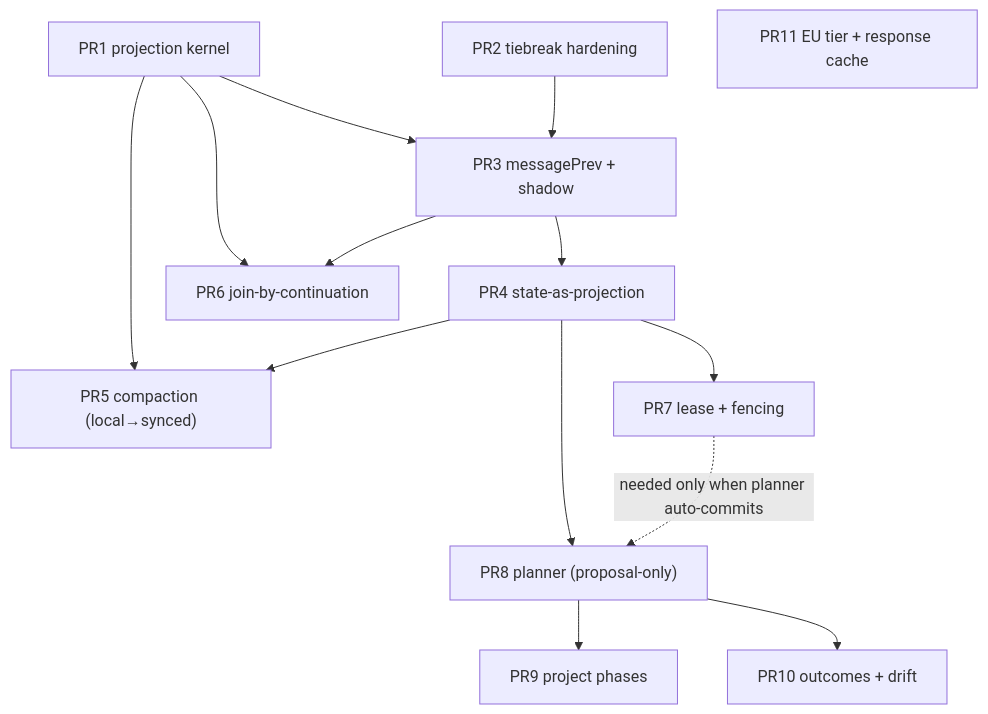
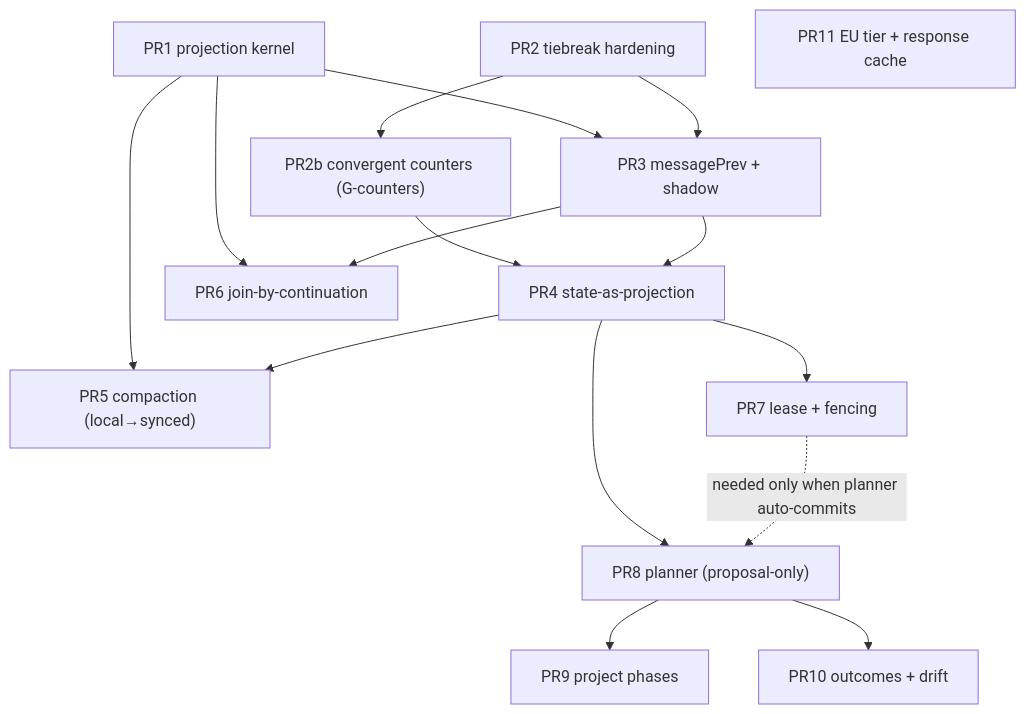
Before and after one commit to matthiasn/lotti: the diagram in docs/implementation_plans/2026-05-30_daily_os_runtime_implementation_roadmap.md, drawn with Mermaid. The commit also changed other lines of this file and 1 other file, not shown here.

````diff
--- a/docs/implementation_plans/2026-05-30_daily_os_runtime_implementation_roadmap.md
+++ b/docs/implementation_plans/2026-05-30_daily_os_runtime_implementation_roadmap.md
@@ -119,27 +127,30 @@
 ```mermaid
 flowchart TD
   PR1["PR1 projection kernel"]
   PR2["PR2 tiebreak hardening"]
+  PR2b["PR2b convergent counters (G-counters)"]
   PR3["PR3 messagePrev + shadow"]
   PR4["PR4 state-as-projection"]
   PR5["PR5 compaction (local→synced)"]
   PR6["PR6 join-by-continuation"]
   PR7["PR7 lease + fencing"]
   PR8["PR8 planner (proposal-only)"]
   PR9["PR9 project phases"]
   PR10["PR10 outcomes + drift"]
   PR11["PR11 EU tier + response cache"]
 
   PR1 --> PR3
   PR2 --> PR3
+  PR2 --> PR2b
+  PR2b --> PR4
   PR1 --> PR5
   PR1 --> PR6
   PR3 --> PR4
   PR3 --> PR6
   PR4 --> PR5
   PR4 --> PR7
   PR4 --> PR8
   PR8 --> PR9
   PR8 --> PR10
   PR7 -.->|needed only when planner auto-commits| PR8
 ```
````
